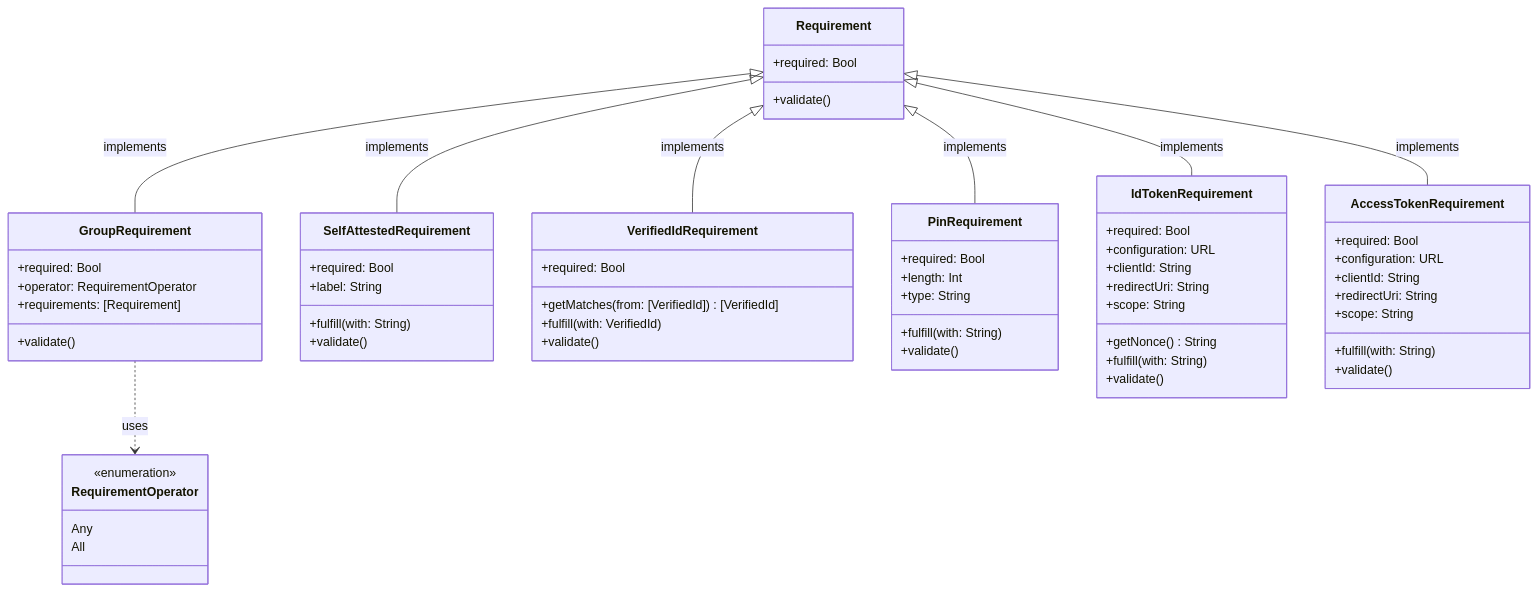
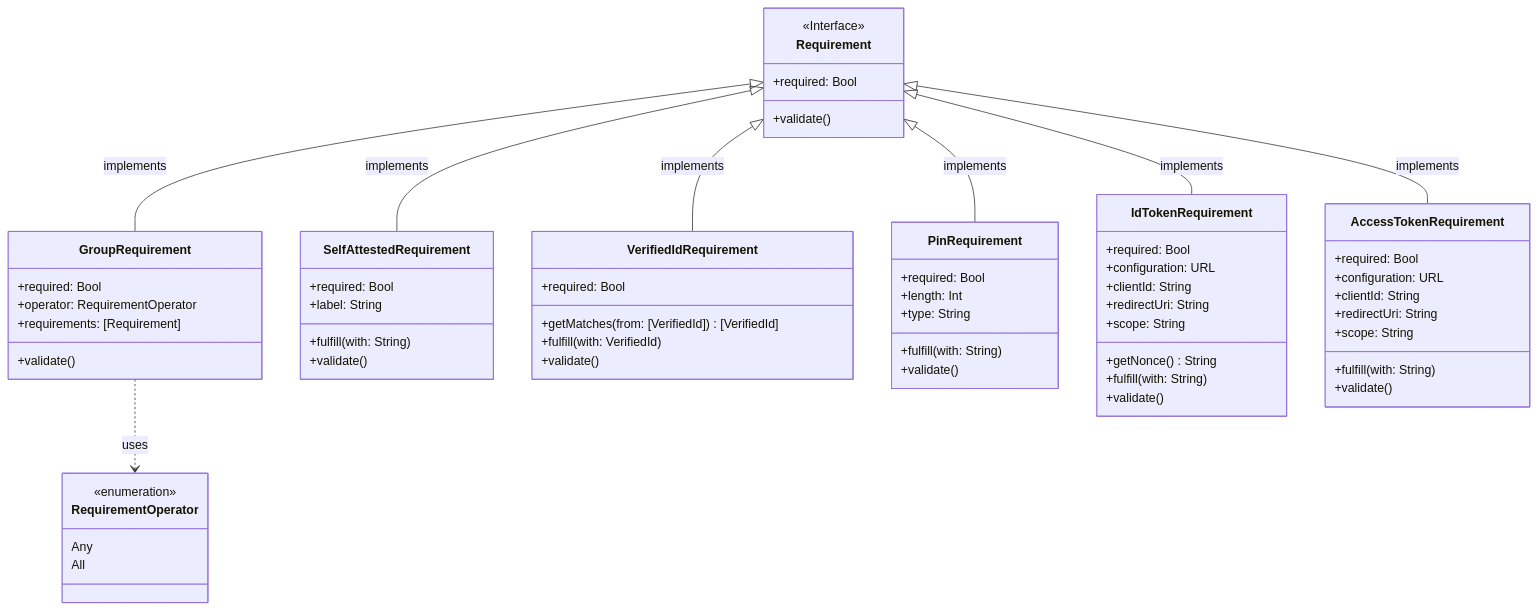
The second of 3 diagrams in Docs/LibraryArchitecture.md (microsoft/entra-verifiedid-wallet-library-ios), drawn with Mermaid before and after one commit.

Commit message:
Make Requirement an interface

````diff
--- a/Docs/LibraryArchitecture.md
+++ b/Docs/LibraryArchitecture.md
@@ -65,63 +65,64 @@
 ```mermaid
 classDiagram
 GroupRequirement ..> RequirementOperator: uses
 Requirement <|-- GroupRequirement: implements
 Requirement <|-- SelfAttestedRequirement: implements
 Requirement <|-- VerifiedIdRequirement: implements
 Requirement <|-- PinRequirement: implements
 Requirement <|-- IdTokenRequirement: implements
 Requirement <|-- AccessTokenRequirement: implements
+<<Interface>> Requirement
 class Requirement {
     +required: Bool
     +validate()
 }
 class GroupRequirement {
     +required: Bool
     +operator: RequirementOperator
     +requirements: [Requirement]
     +validate()
 }
 <<enumeration>> RequirementOperator
 class RequirementOperator {
     Any
     All 
 }
 class SelfAttestedRequirement {
     +required: Bool
     +label: String
     +fulfill(with: String)
     +validate()
 }
 class VerifiedIdRequirement {
     +required: Bool
     +getMatches(from: [VerifiedId]) [VerifiedId]
     +fulfill(with: VerifiedId)
     +validate()
 }
 class PinRequirement {
     +required: Bool
     +length: Int
     +type: String
     +fulfill(with: String)
     +validate()
 }
 class IdTokenRequirement {
     +required: Bool
     +configuration: URL
     +clientId: String
     +redirectUri: String
     +scope: String
     +getNonce() String
     +fulfill(with: String)
     +validate()
 }
 class AccessTokenRequirement {
     +required: Bool
     +configuration: URL
     +clientId: String
     +redirectUri: String
     +scope: String
     +fulfill(with: String)
     +validate()
 }
 ```
````
